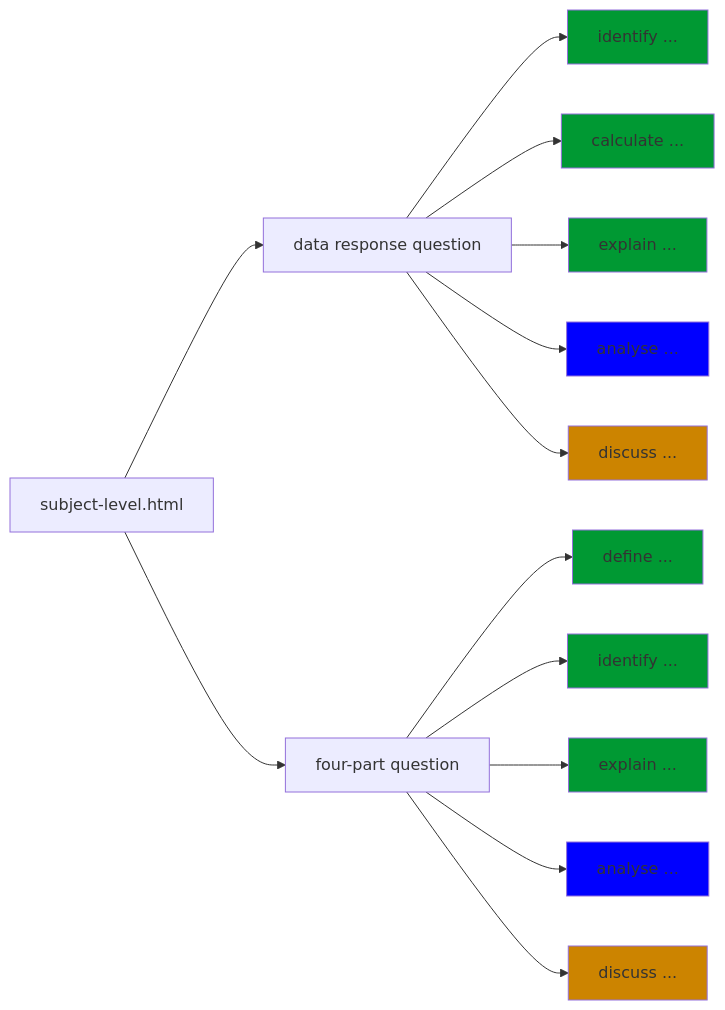
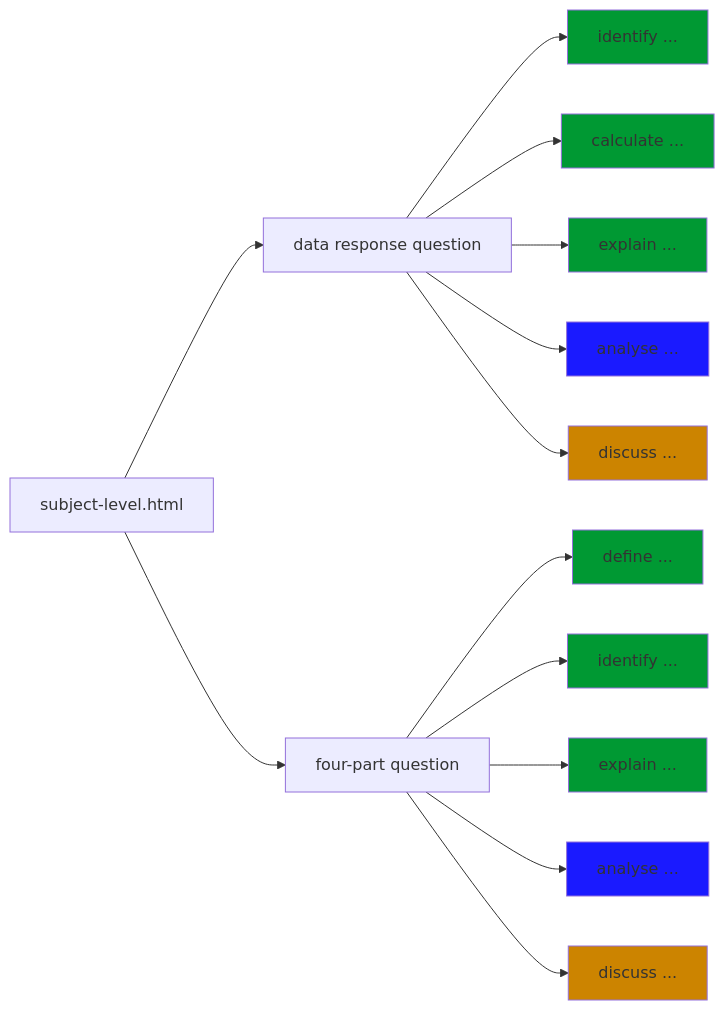
The ninth of 9 diagrams in docs/media/mermaid/3iec-econ-drq-ch31.md (econmediadb/slides), drawn with Mermaid before and after one commit. The commit also changed other lines of this file and 1 other file, not shown here.

````diff
--- a/docs/media/mermaid/3iec-econ-drq-ch31.md
+++ b/docs/media/mermaid/3iec-econ-drq-ch31.md
@@ -167,34 +167,34 @@
 ```mermaid
 graph LR;
     A[subject-level.html] 
     A --> A3[data response question]
     A --> A4[four-part question]
 
     A3 --> A31[identify ...]
     A3 --> A32[calculate ...]
     A3 --> A33[explain ...]
     A3 --> A34[analyse ...]
     A3 --> A35[discuss ...]
 
     A4 --> A41[define ...]
     A4 --> A42[identify ...]
     A4 --> A43[explain ...]
     A4 --> A44[analyse ...]
     A4 --> A45[discuss ...]
 
     style A31 fill:#009933
     style A32 fill:#009933
     style A33 fill:#009933
 
-    style A34 fill:#0000FF
+    style A34 fill:#1A1AFF
 
     style A35 fill:#CC8400
 
     style A41 fill:#009933
     style A42 fill:#009933
     style A43 fill:#009933    
 
-    style A44 fill:#0000FF
+    style A44 fill:#1A1AFF
 
     style A45 fill:#CC8400    
 ```
````
